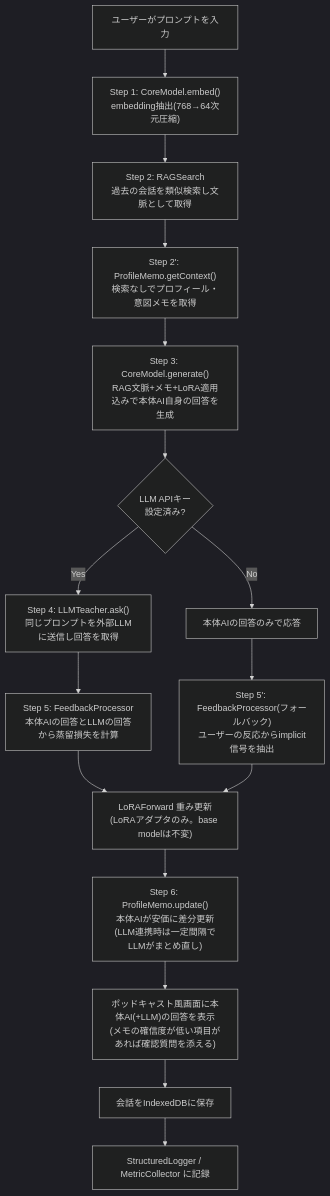
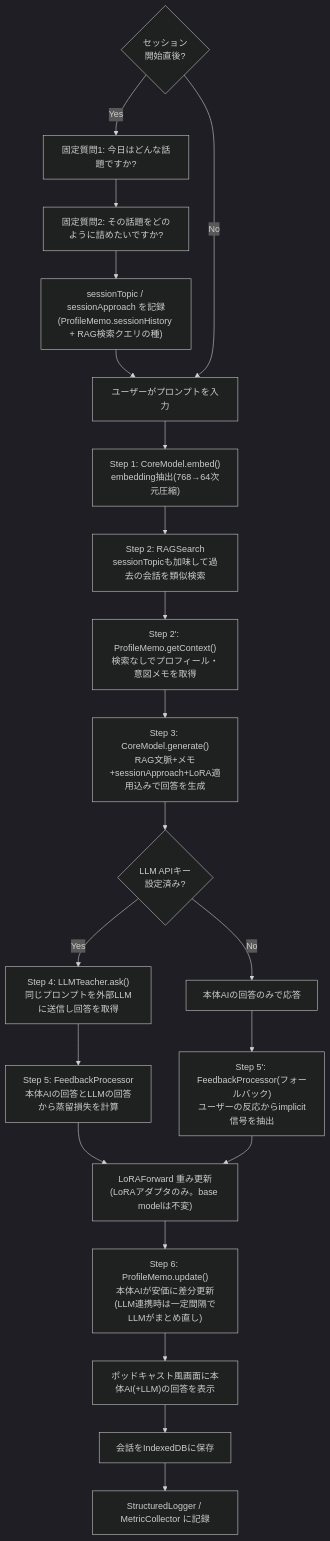
The diagram in docs/apps/smart-box/DESIGN.md (seisei001/test001), drawn with Mermaid (dark theme) before and after one commit. The commit also changed other lines of this file, not shown here.

````diff
--- a/docs/apps/smart-box/DESIGN.md
+++ b/docs/apps/smart-box/DESIGN.md
@@ -143,18 +161,23 @@
 ```mermaid
 flowchart TD
-    A[ユーザーがプロンプトを入力] --> B["Step 1: CoreModel.embed()<br/>embedding抽出(768→64次元圧縮)"]
-    B --> C["Step 2: RAGSearch<br/>過去の会話を類似検索し文脈として取得"]
+    S{セッション<br/>開始直後?} -- Yes --> S1["固定質問1: 今日はどんな話題ですか?"]
+    S1 --> S2["固定質問2: その話題をどのように詰めたいですか?"]
+    S2 --> SR["sessionTopic / sessionApproach を記録<br/>(ProfileMemo.sessionHistory + RAG検索クエリの種)"]
+    SR --> A
+    S -- No --> A[ユーザーがプロンプトを入力]
+    A --> B["Step 1: CoreModel.embed()<br/>embedding抽出(768→64次元圧縮)"]
+    B --> C["Step 2: RAGSearch<br/>sessionTopicも加味して過去の会話を類似検索"]
     C --> P["Step 2': ProfileMemo.getContext()<br/>検索なしでプロフィール・意図メモを取得"]
-    P --> D["Step 3: CoreModel.generate()<br/>RAG文脈+メモ+LoRA適用込みで本体AI自身の回答を生成"]
+    P --> D["Step 3: CoreModel.generate()<br/>RAG文脈+メモ+sessionApproach+LoRA適用込みで回答を生成"]
     D --> E{LLM APIキー<br/>設定済み?}
     E -- Yes --> F["Step 4: LLMTeacher.ask()<br/>同じプロンプトを外部LLMに送信し回答を取得"]
     E -- No --> G[本体AIの回答のみで応答]
     F --> H["Step 5: FeedbackProcessor<br/>本体AIの回答とLLMの回答から蒸留損失を計算"]
     H --> I["LoRAForward 重み更新<br/>(LoRAアダプタのみ。base modelは不変)"]
     G --> J["Step 5': FeedbackProcessor(フォールバック)<br/>ユーザーの反応からimplicit信号を抽出"]
     J --> I
     I --> Q["Step 6: ProfileMemo.update()<br/>本体AIが安価に差分更新(LLM連携時は一定間隔でLLMがまとめ直し)"]
-    Q --> K["ポッドキャスト風画面に本体AI(+LLM)の回答を表示<br/>(メモの確信度が低い項目があれば確認質問を添える)"]
+    Q --> K["ポッドキャスト風画面に本体AI(+LLM)の回答を表示"]
     K --> L[会話をIndexedDBに保存]
     L --> M[StructuredLogger / MetricCollector に記録]
 ```
````
